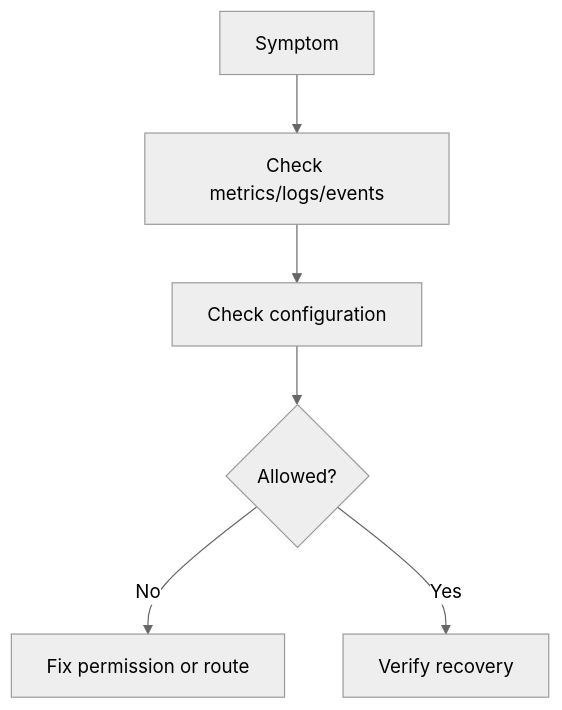
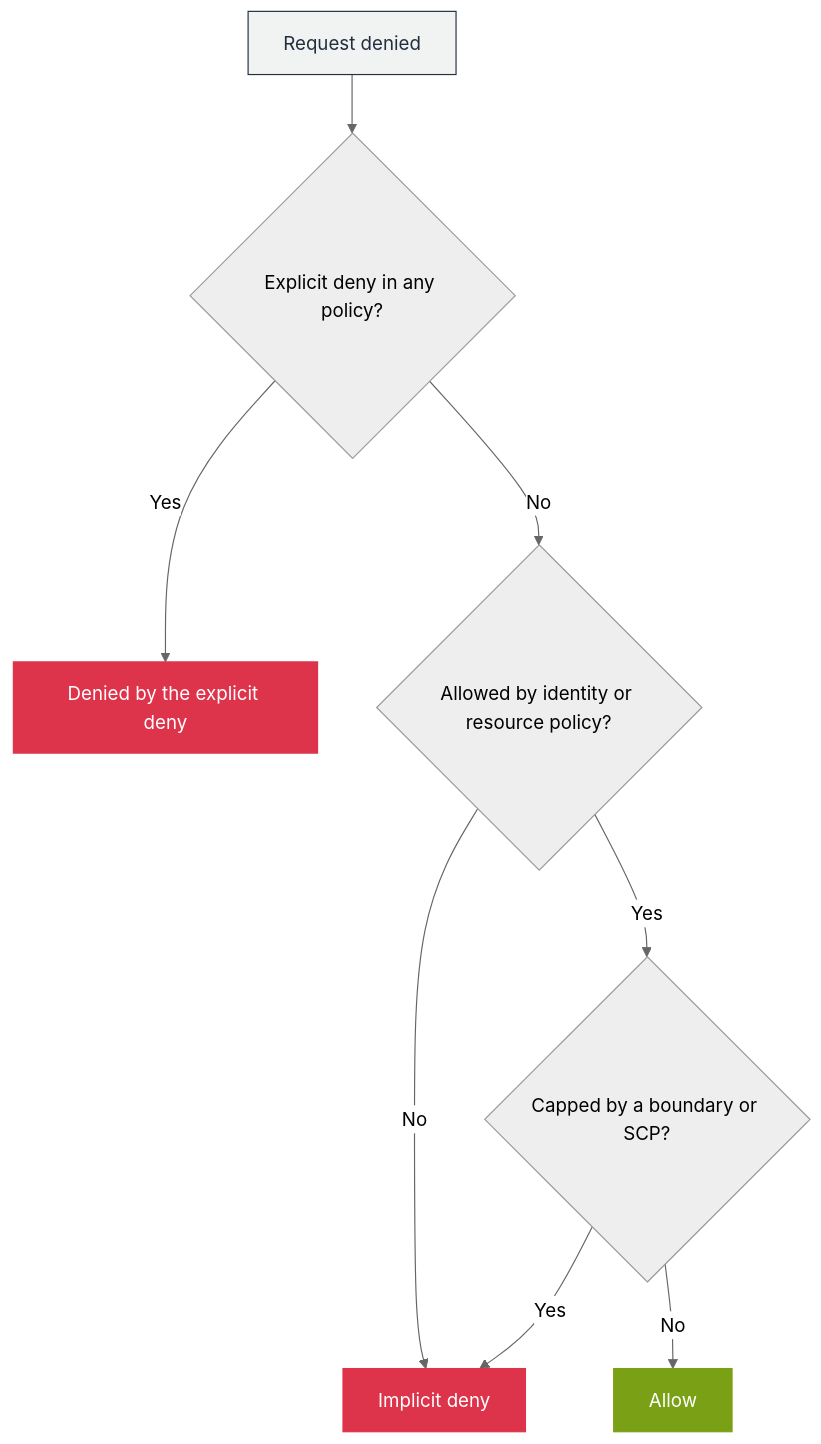
Diagram 11 of 15 in AGENTS.md (GabrielAlmeidaFlores/AWS-CloudOps-Engineer-Associate-Doc), drawn with Mermaid (neutral theme) before and after one commit. The commit also changed other lines of this file and 22 other files, not shown here.

First line of the commit message:
docs: AWS-styled Mermaid, IAM/VPC console screenshots, and AGENTS.md rules

````diff
--- a/AGENTS.md
+++ b/AGENTS.md
@@ -1922,8 +2002,16 @@
 ```mermaid
 flowchart TD
-    A["Symptom"] --> B["Check metrics/logs/events"]
-    B --> C["Check configuration"]
-    C --> D{"Allowed?"}
-    D -->|No| E["Fix permission or route"]
-    D -->|Yes| F["Verify recovery"]
+    A["Request denied"] --> B{"Explicit deny in any policy?"}
+    B -->|Yes| C["Denied by the explicit deny"]
+    B -->|No| D{"Allowed by identity or resource policy?"}
+    D -->|No| E["Implicit deny"]
+    D -->|Yes| F{"Capped by a boundary or SCP?"}
+    F -->|Yes| E
+    F -->|No| G["Allow"]
+    classDef step fill:#F1F3F3,stroke:#232F3E,color:#232F3E
+    classDef deny fill:#DD344C,stroke:#DD344C,color:#ffffff
+    classDef ok fill:#7AA116,stroke:#7AA116,color:#ffffff
+    class A step
+    class C,E deny
+    class G ok
 ```
````
